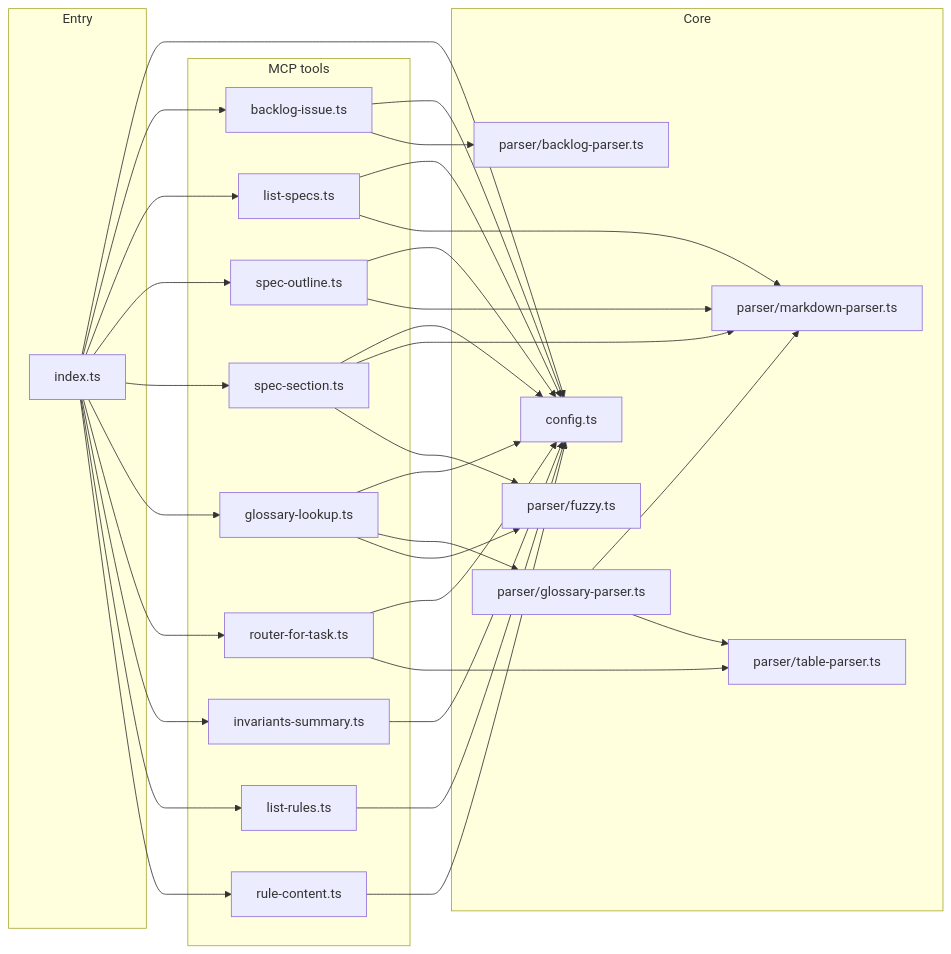
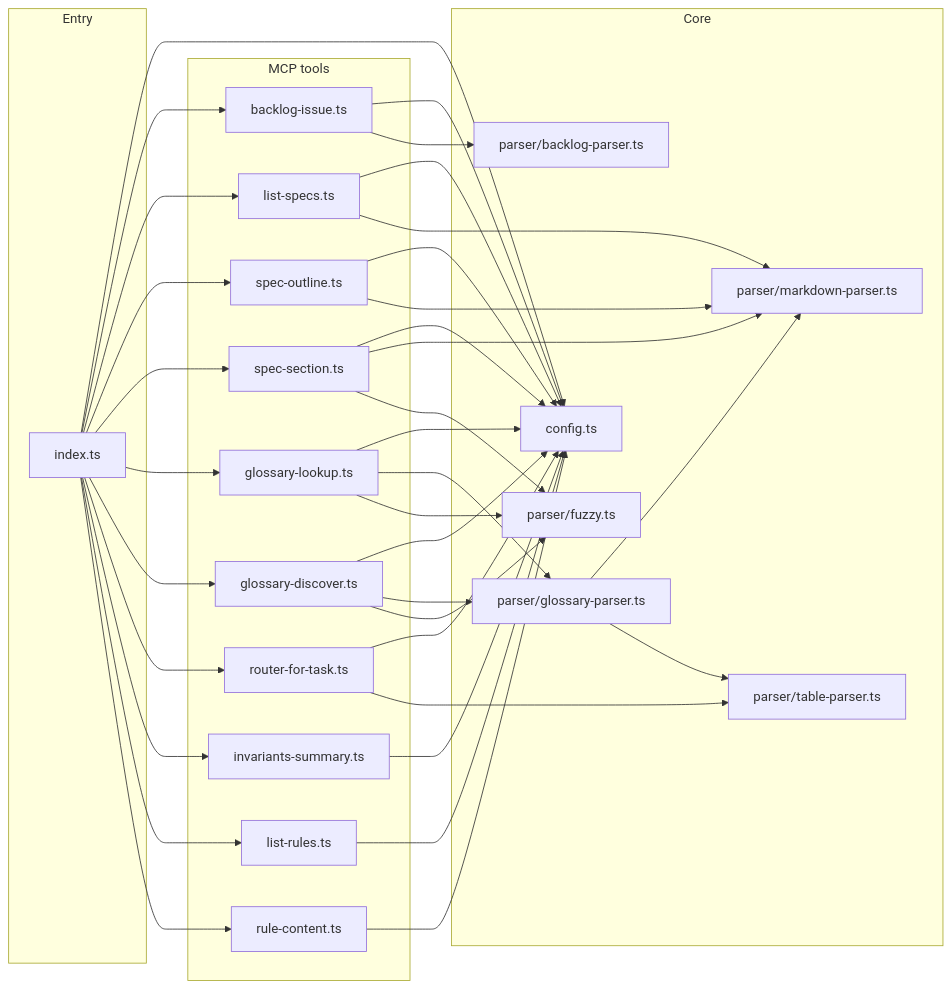
Before and after one commit to jiramos87/TerritoryDeveloper: the diagram in tools/mcp-ia-server/README.md, drawn with Mermaid. The commit also changed other lines of this file and 13 other files, not shown here.

Commit message:
chore: docs and glossary discover tool

````diff
--- a/tools/mcp-ia-server/README.md
+++ b/tools/mcp-ia-server/README.md
@@ -68,54 +70,59 @@
 ```mermaid
 flowchart LR
   subgraph entry [Entry]
     IDX[index.ts]
   end
   subgraph core [Core]
     CFG[config.ts]
     PAR[parser/markdown-parser.ts]
     FZ[parser/fuzzy.ts]
     TP[parser/table-parser.ts]
     GP[parser/glossary-parser.ts]
     BKP[parser/backlog-parser.ts]
   end
   subgraph mcp [MCP tools]
     BI[backlog-issue.ts]
     LS[list-specs.ts]
     SO[spec-outline.ts]
     SS[spec-section.ts]
     GL[glossary-lookup.ts]
+    GD[glossary-discover.ts]
     RF[router-for-task.ts]
     IS[invariants-summary.ts]
     LR[list-rules.ts]
     RC[rule-content.ts]
   end
   IDX --> CFG
   IDX --> BI
   IDX --> LS
   IDX --> SO
   IDX --> SS
   IDX --> GL
+  IDX --> GD
   IDX --> RF
   IDX --> IS
   IDX --> LR
   IDX --> RC
   LS --> CFG
   LS --> PAR
   SO --> CFG
   SO --> PAR
   SS --> CFG
   SS --> PAR
   SS --> FZ
   GL --> CFG
   GL --> GP
   GL --> FZ
+  GD --> CFG
+  GD --> GP
+  GD --> FZ
   RF --> CFG
   RF --> TP
   IS --> CFG
   LR --> CFG
   RC --> CFG
   BI --> CFG
   BI --> BKP
   GP --> PAR
   GP --> TP
 ```
````
